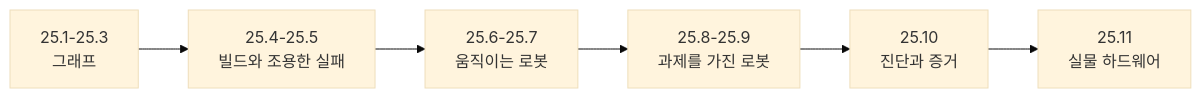
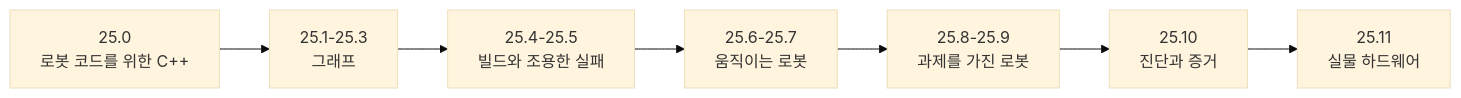
Before and after one commit to jiseop-byeon/phd-wiki: the second of 2 diagrams in content/04-robotics/ros2/index.md, drawn with Mermaid (base theme). The commit also changed other lines of this file and 79 other files, not shown here.

````diff
--- a/content/04-robotics/ros2/index.md
+++ b/content/04-robotics/ros2/index.md
@@ -134,8 +136,9 @@
 ```mermaid
 flowchart LR
+    Z["25.0<br/>로봇 코드를 위한 C++"] --> A
     A["25.1-25.3<br/>그래프"] --> B["25.4-25.5<br/>빌드와 조용한 실패"]
     B --> C["25.6-25.7<br/>움직이는 로봇"]
     C --> D["25.8-25.9<br/>과제를 가진 로봇"]
     D --> E["25.10<br/>진단과 증거"]
     E --> F["25.11<br/>실물 하드웨어"]
 ```
````
